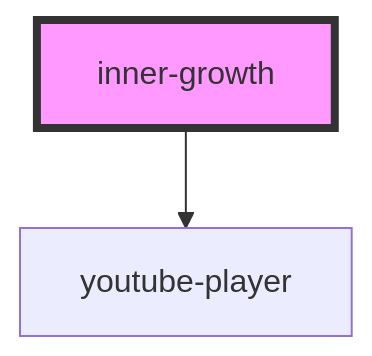
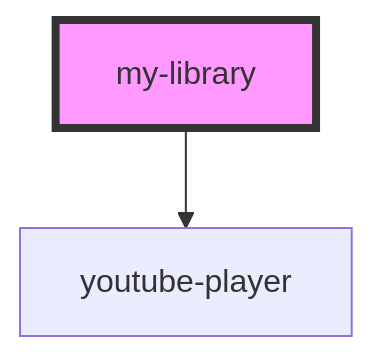
The diagram in packages/core/docs/guide/api/components/inner-growth/readme.md (kartikwatwani/stencil-starter), drawn with Mermaid before and after one commit. The commit also changed other lines of this file and 105 other files, not shown here.

````diff
--- a/packages/core/docs/guide/api/components/inner-growth/readme.md
+++ b/packages/core/docs/guide/api/components/inner-growth/readme.md
@@ -19,5 +17,5 @@
 ```mermaid
 graph TD;
-  inner-growth --> youtube-player
-  style inner-growth fill:#f9f,stroke:#333,stroke-width:4px
+  my-library --> youtube-player
+  style my-library fill:#f9f,stroke:#333,stroke-width:4px
 ```
````
